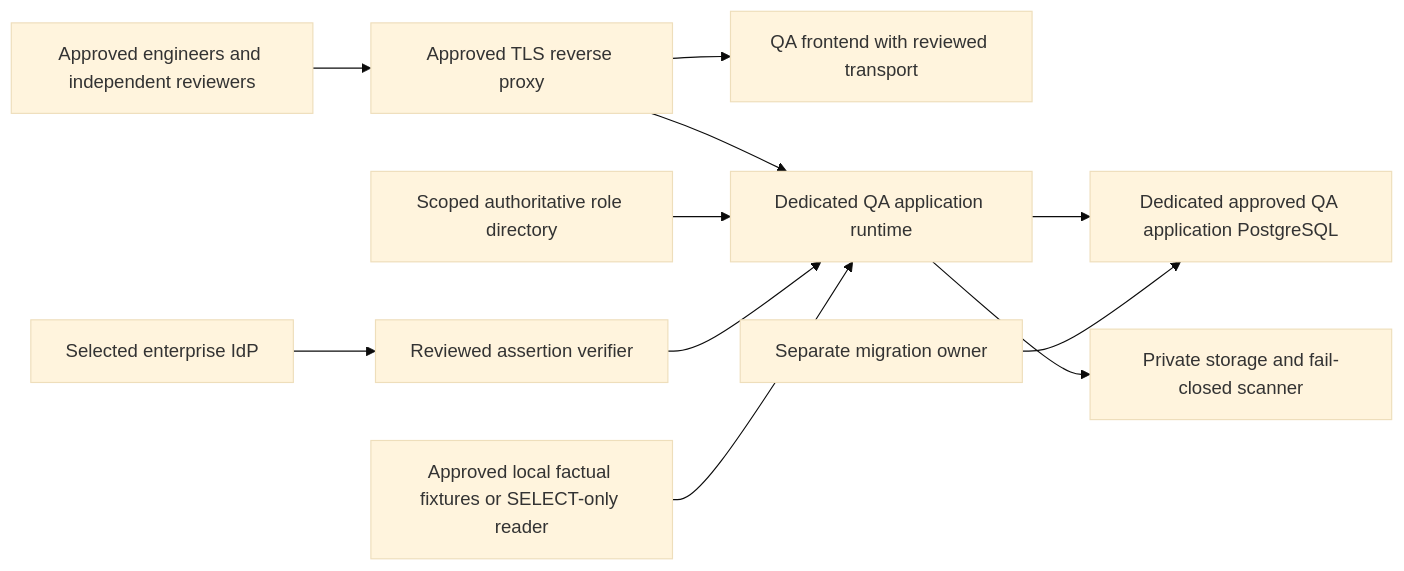
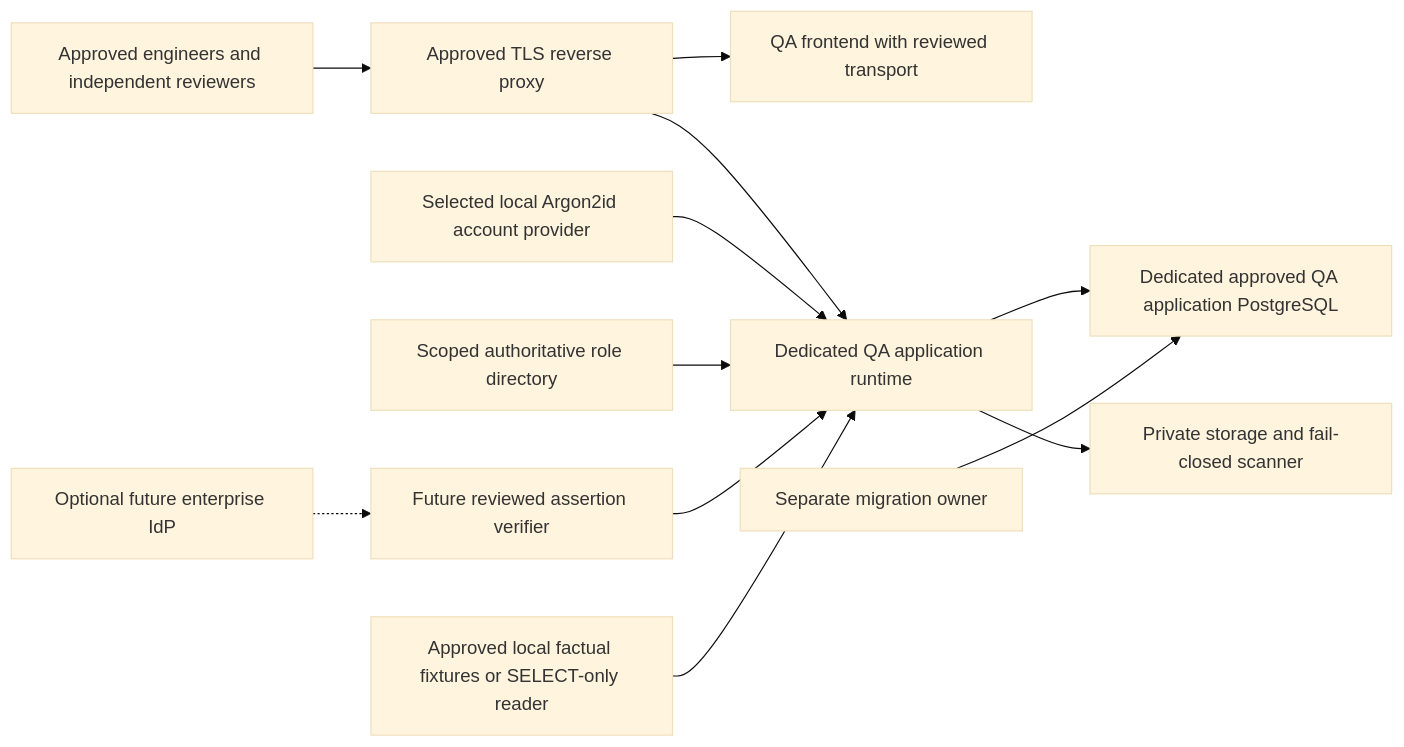
One commit to johnd-creator/reliability-knowledge-starter changed the diagram in reliability-cockpit/docs/bundle-e-architecture.md. Above: the diagram before and after it, drawn with Mermaid (base theme). The commit also changed other lines of this file and 24 other files, not shown here.

````diff
--- a/reliability-cockpit/docs/bundle-e-architecture.md
+++ b/reliability-cockpit/docs/bundle-e-architecture.md
@@ -31,13 +39,14 @@
 ```mermaid
 flowchart LR
   E[Approved engineers and independent reviewers] --> TLS[Approved TLS reverse proxy]
   TLS --> WEB[QA frontend with reviewed transport]
   TLS --> APP[Dedicated QA application runtime]
-  IDP[Selected enterprise IdP] --> V[Reviewed assertion verifier]
+  LOCAL[Selected local Argon2id account provider] --> APP
+  IDP[Optional future enterprise IdP] -.-> V[Future reviewed assertion verifier]
   DIR[Scoped authoritative role directory] --> APP
   V --> APP
   APP --> DB[Dedicated approved QA application PostgreSQL]
   OWNER[Separate migration owner] --> DB
   APP --> FILE[Private storage and fail-closed scanner]
   FACT[Approved local factual fixtures or SELECT-only reader] --> APP
 ```
````
